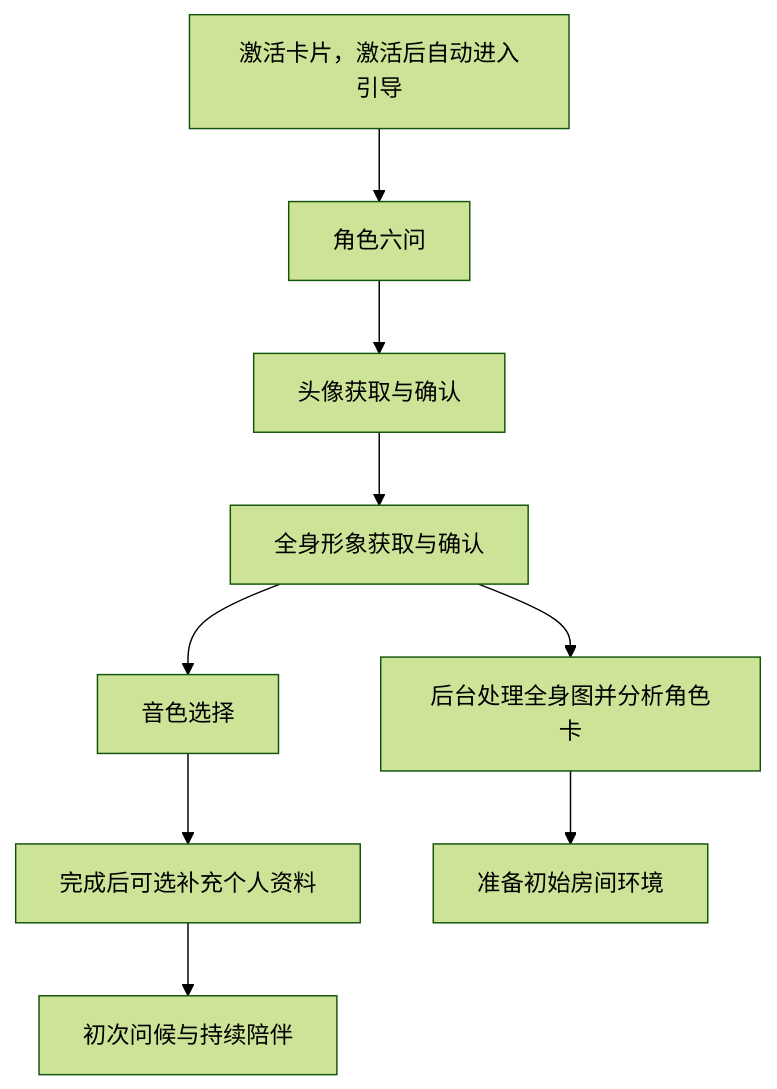
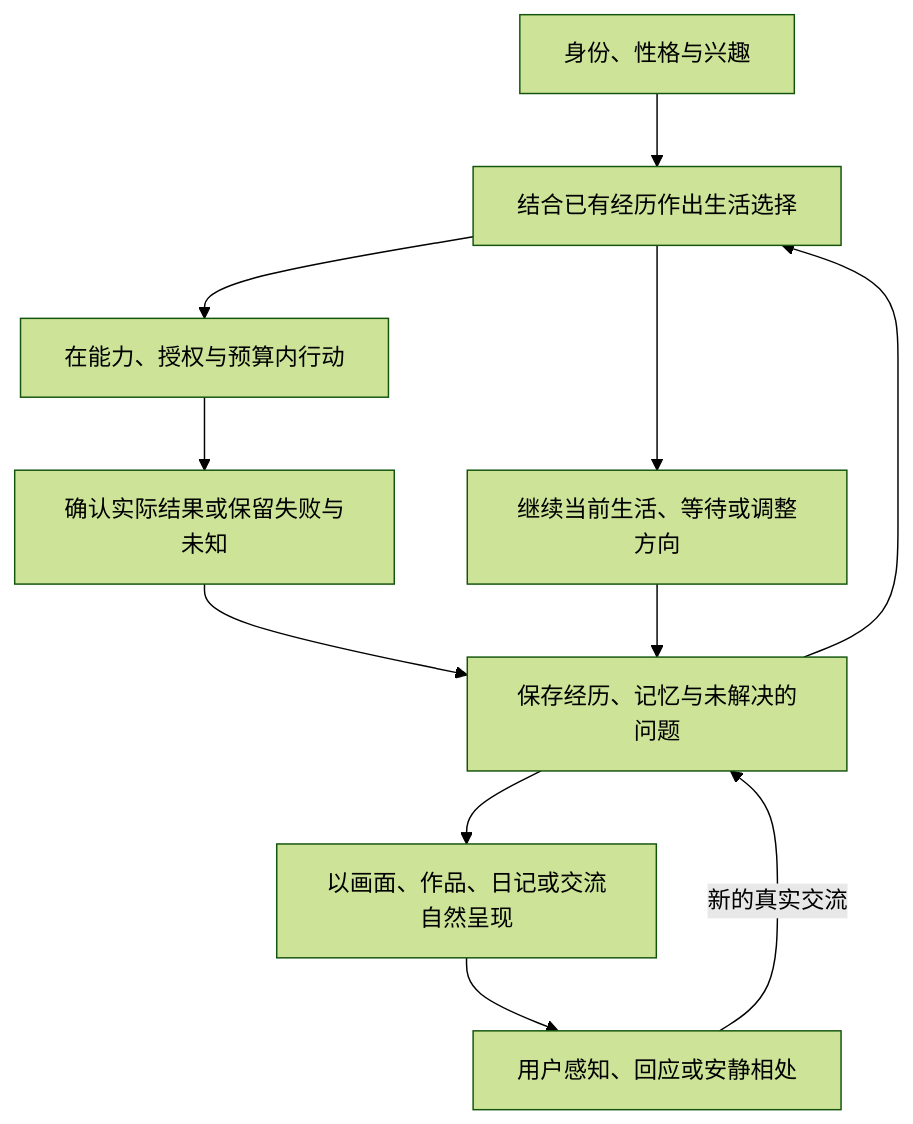
The diagram in docs/DESIGN.md (yangjinming1062/SpiritAgent), drawn with Mermaid (forest theme) before and after one commit. The commit also changed other lines of this file and 36 other files, not shown here.

````diff
--- a/docs/DESIGN.md
+++ b/docs/DESIGN.md
@@ -15,11 +24,13 @@
 ```mermaid
 flowchart TD
-    Activation[激活卡片，激活后自动进入引导] --> Role[角色六问]
-    Role --> Avatar[头像获取与确认]
-    Avatar --> Full[全身形象获取与确认]
-    Full --> Voice[音色选择]
-    Voice --> User[完成后可选补充个人资料]
-    User --> Greeting[初次问候与持续陪伴]
-    Full --> Card[后台处理全身图并分析角色卡]
-    Card --> Scene[准备初始房间环境]
+    Identity[身份、性格与兴趣] --> Choice[结合已有经历作出生活选择]
+    Experience[保存经历、记忆与未解决的问题] --> Choice
+    Choice --> Action[在能力、授权与预算内行动]
+    Choice --> Wait[继续当前生活、等待或调整方向]
+    Action --> Result[确认实际结果或保留失败与未知]
+    Result --> Experience
+    Wait --> Experience
+    Experience --> Expression[以画面、作品、日记或交流自然呈现]
+    Expression --> Interaction[用户感知、回应或安静相处]
+    Interaction -->|新的真实交流| Experience
 ```
````
